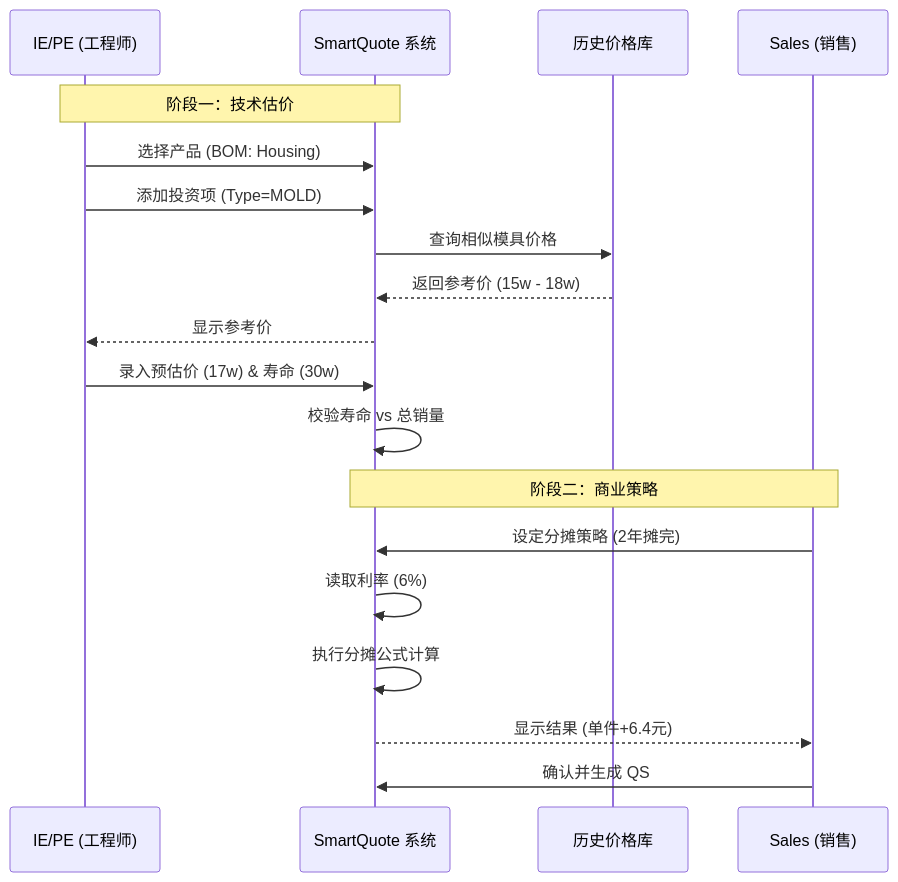
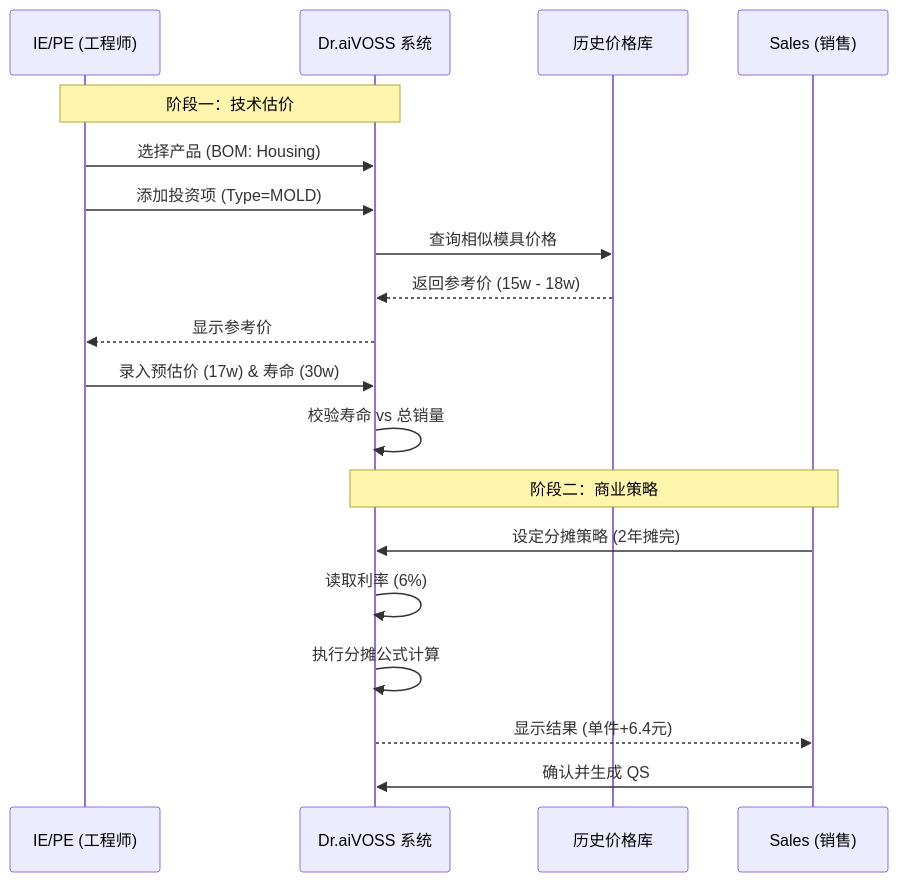
The second of 2 diagrams in docs/NRE_INVESTMENT_LOGIC.md (randyluo85/Quoting-Copilot), drawn with Mermaid before and after one commit.

Commit message:
auto: claude changes

````diff
--- a/docs/NRE_INVESTMENT_LOGIC.md
+++ b/docs/NRE_INVESTMENT_LOGIC.md
@@ -243,23 +243,23 @@
 ```mermaid
 sequenceDiagram
     participant IE as IE/PE (工程师)
-    participant SYS as SmartQuote 系统
+    participant SYS as Dr.aiVOSS 系统
     participant DB as 历史价格库
     participant SALES as Sales (销售)
 
     Note over IE, SYS: 阶段一：技术估价
     IE->>SYS: 选择产品 (BOM: Housing)
     IE->>SYS: 添加投资项 (Type=MOLD)
     SYS->>DB: 查询相似模具价格
     DB-->>SYS: 返回参考价 (15w - 18w)
     SYS-->>IE: 显示参考价
     IE->>SYS: 录入预估价 (17w) & 寿命 (30w)
     SYS->>SYS: 校验寿命 vs 总销量
 
     Note over SALES, SYS: 阶段二：商业策略
     SALES->>SYS: 设定分摊策略 (2年摊完)
     SYS->>SYS: 读取利率 (6%)
     SYS->>SYS: 执行分摊公式计算
     SYS-->>SALES: 显示结果 (单件+6.4元)
     SALES->>SYS: 确认并生成 QS
 ```
````
